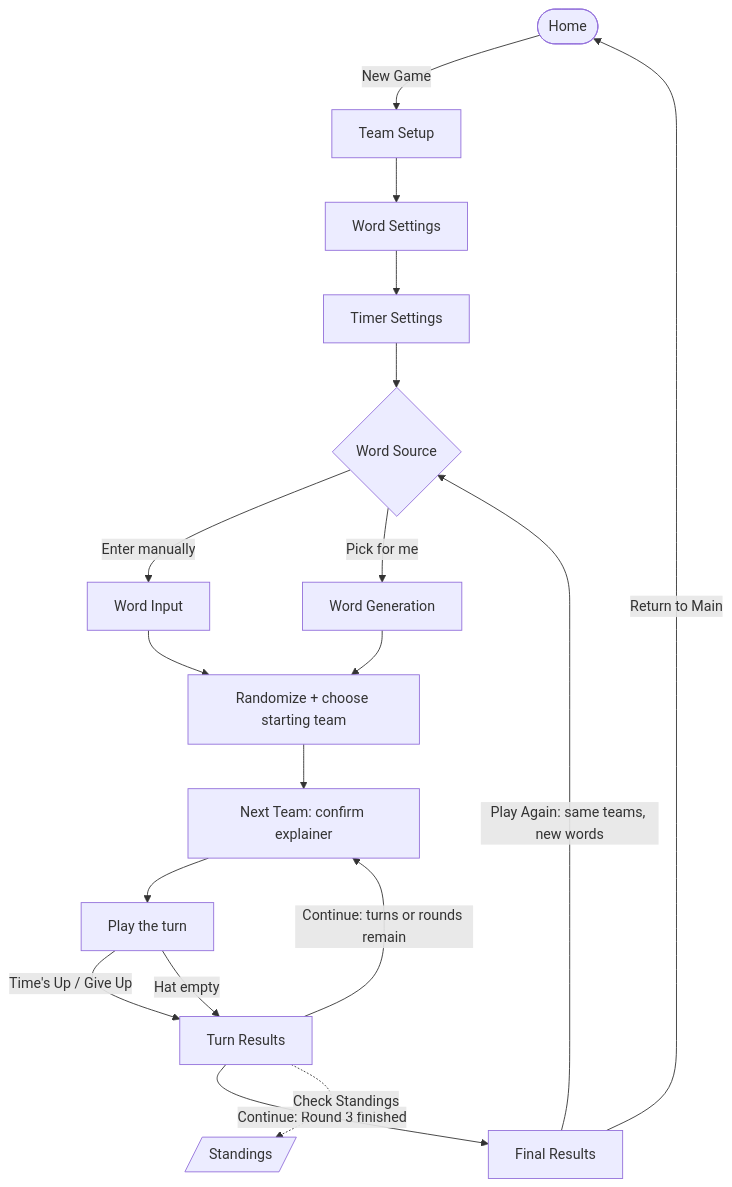
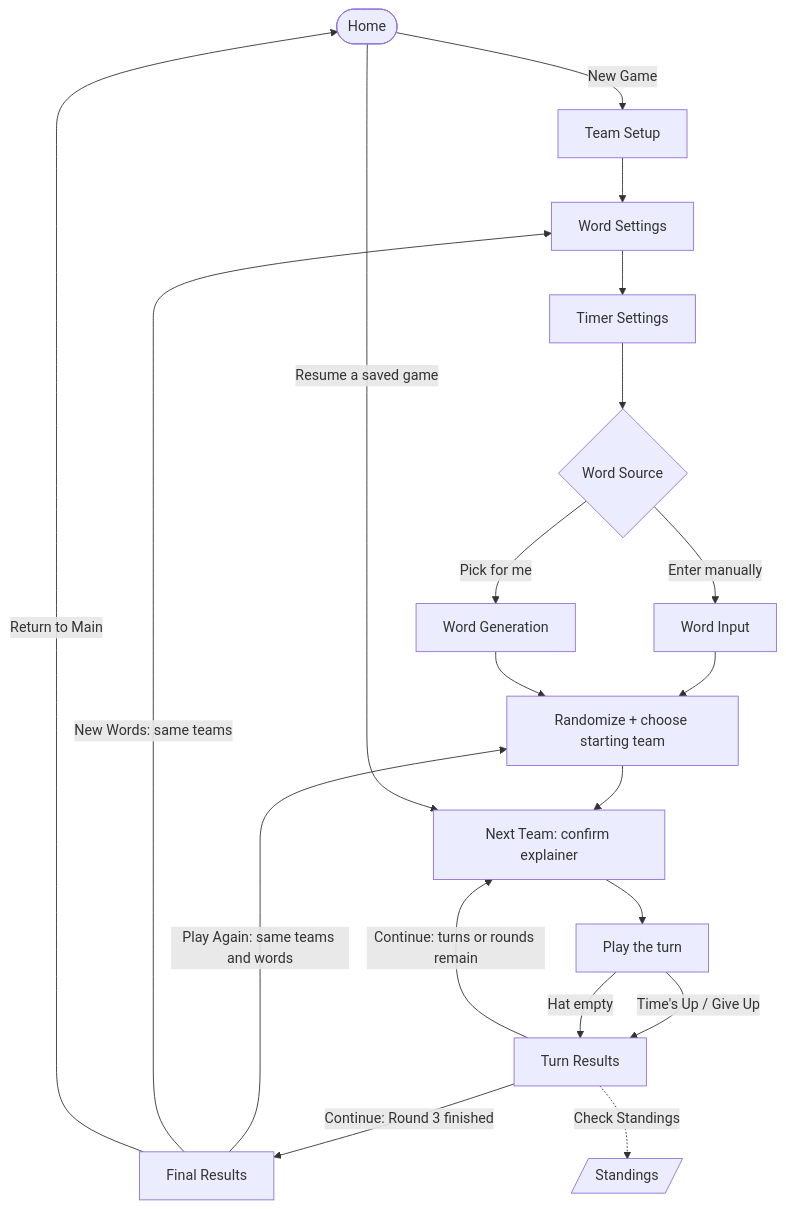
One commit to Khizanag/HatGame-iOS changed the diagram in docs/game-flow.md. Above: the diagram before and after it, drawn with Mermaid. The commit also changed other lines of this file and 4 other files, not shown here.

First line of the commit message:
docs: align rules with carry-over, Play Again, and resume

````diff
--- a/docs/game-flow.md
+++ b/docs/game-flow.md
@@ -7,18 +7,20 @@
 ```mermaid
 flowchart TD
     Home([Home]) -->|New Game| TS[Team Setup]
     TS --> WS[Word Settings] --> TMS[Timer Settings] --> WSRC{Word Source}
     WSRC -->|Enter manually| WI[Word Input]
     WSRC -->|Pick for me| WG[Word Generation]
     WI --> RND[Randomize + choose starting team]
     WG --> RND
     RND --> NT[Next Team: confirm explainer]
     NT --> PLAY[Play the turn]
     PLAY -->|Time's Up / Give Up| TR[Turn Results]
     PLAY -->|Hat empty| TR
     TR -->|Continue: turns or rounds remain| NT
     TR -->|Continue: Round 3 finished| FR[Final Results]
     TR -. Check Standings .-> ST[/Standings/]
-    FR -->|Play Again: same teams, new words| WSRC
+    FR -->|Play Again: same teams and words| RND
+    FR -->|New Words: same teams| WS
     FR -->|Return to Main| Home
+    Home -->|Resume a saved game| NT
 ```
````
